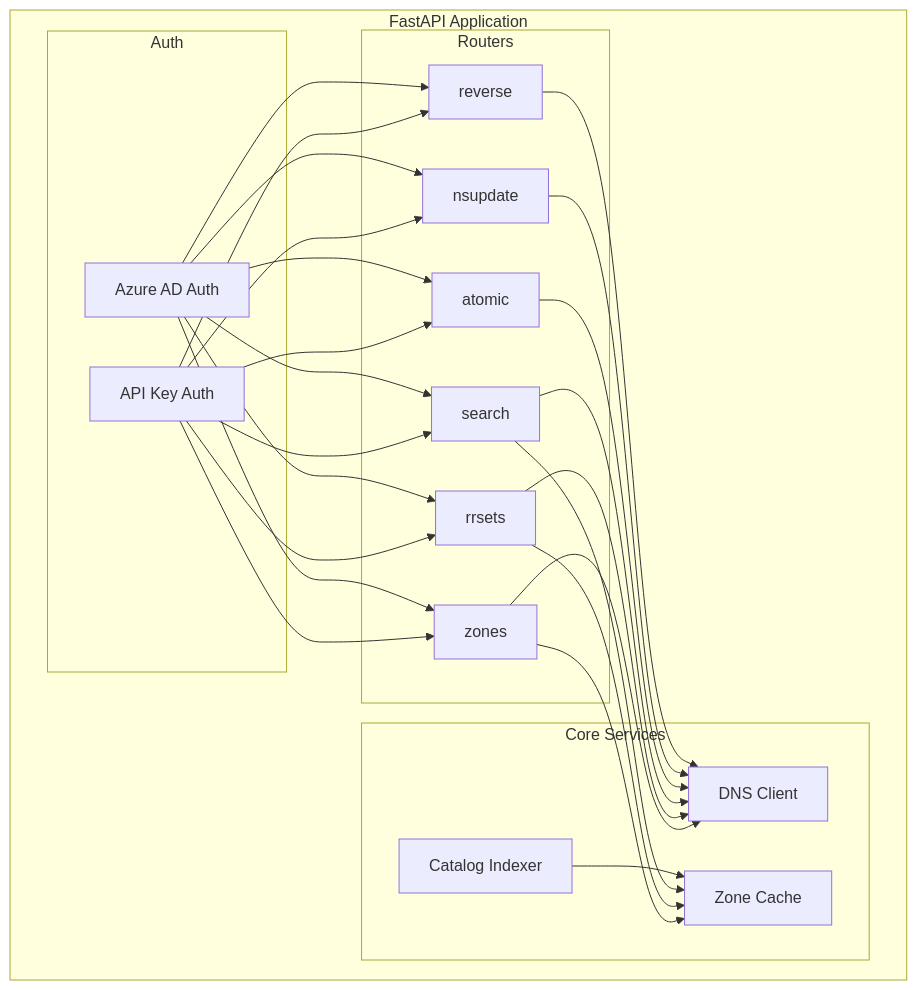
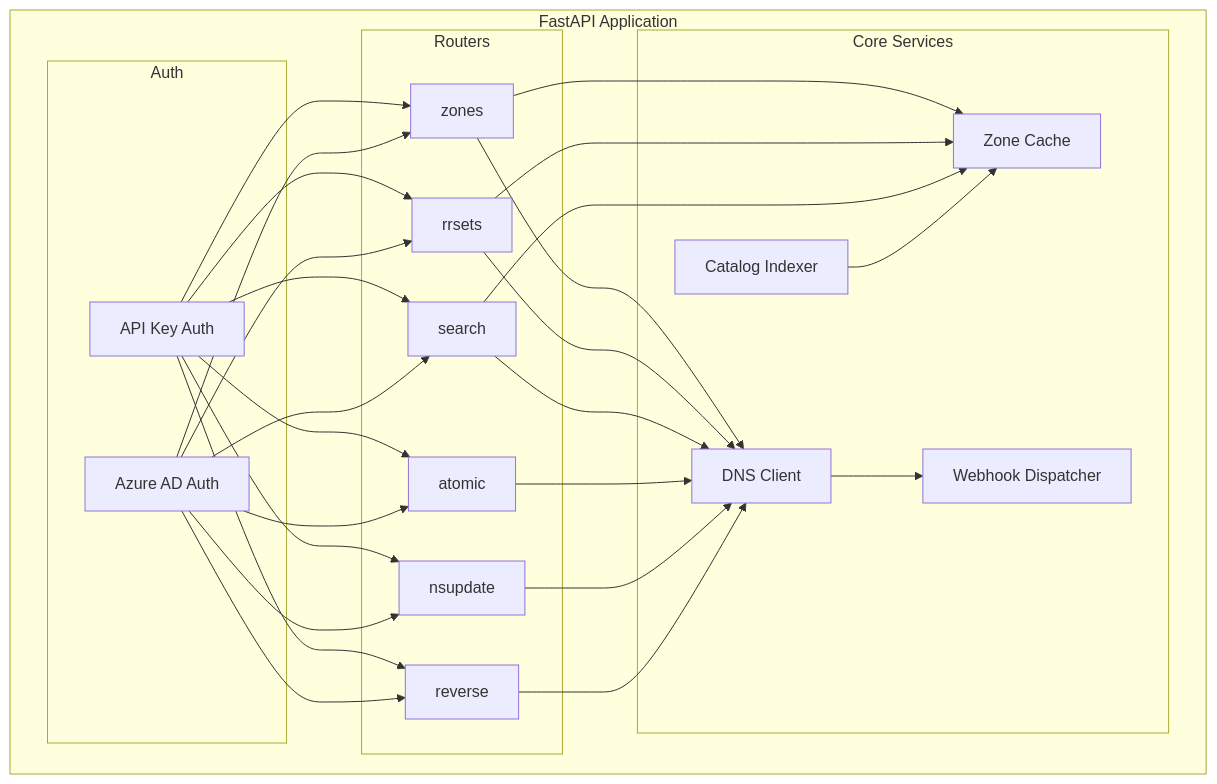
Before and after one commit to davidgroves/dns-zone-manager: the sixth of 15 diagrams in ARCHITECTURE.md, drawn with Mermaid. The commit also changed other lines of this file and 74 other files, not shown here.

````diff
--- a/ARCHITECTURE.md
+++ b/ARCHITECTURE.md
@@ -228,30 +259,32 @@
 ```mermaid
 flowchart TB
     subgraph "FastAPI Application"
         subgraph "Routers"
             R1[zones]
             R2[rrsets]
             R3[search]
             R4[atomic]
             R5[nsupdate]
             R6[reverse]
         end
         
         subgraph "Core Services"
             DC[DNS Client]
             ZC[Zone Cache]
             CI[Catalog Indexer]
+            WD[Webhook Dispatcher]
         end
         
         subgraph "Auth"
             AK[API Key Auth]
             AZ[Azure AD Auth]
         end
     end
     
     R1 & R2 & R3 & R4 & R5 & R6 --> DC
     R1 & R2 & R3 --> ZC
     CI --> ZC
+    DC --> WD
     
     AK & AZ --> R1 & R2 & R3 & R4 & R5 & R6
 ```
````
